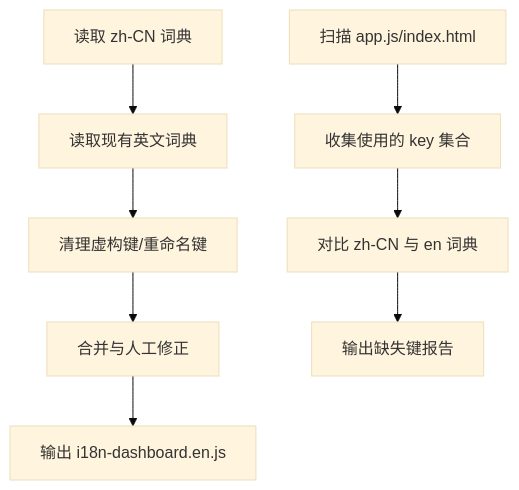
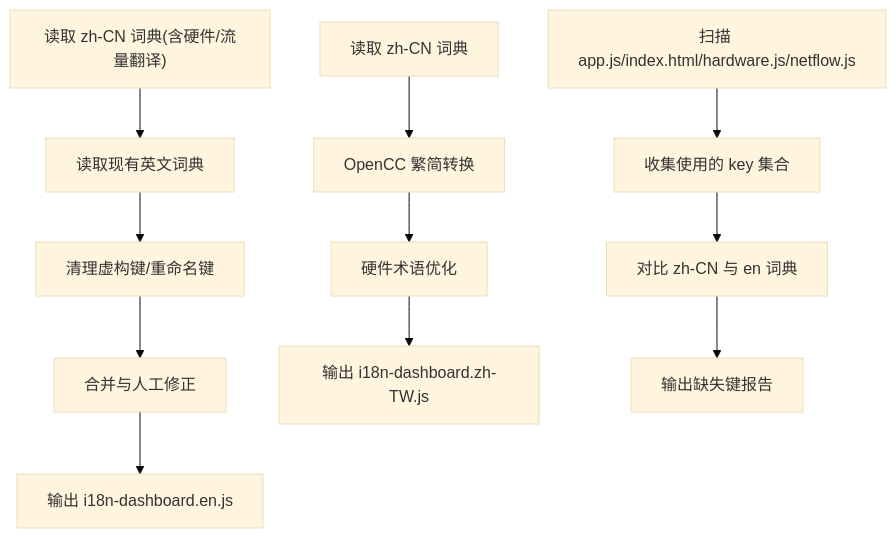
Before and after one commit to sreyun/aiops-monitor: the fifth of 6 diagrams in .qoder/repowiki/zh/content/配置管理/国际化支持.md, drawn with Mermaid (base theme). The commit also changed other lines of this file and 38 other files, not shown here.

````diff
--- a/.qoder/repowiki/zh/content/配置管理/国际化支持.md
+++ b/.qoder/repowiki/zh/content/配置管理/国际化支持.md
@@ -212,10 +248,13 @@
 ```mermaid
 flowchart TD
-A["读取 zh-CN 词典"] --> B["读取现有英文词典"]
+A["读取 zh-CN 词典(含硬件/流量翻译)"] --> B["读取现有英文词典"]
 B --> C["清理虚构键/重命名键"]
 C --> D["合并与人工修正"]
 D --> E["输出 i18n-dashboard.en.js"]
-F["扫描 app.js/index.html"] --> G["收集使用的 key 集合"]
-G --> H["对比 zh-CN 与 en 词典"]
-H --> I["输出缺失键报告"]
+F["读取 zh-CN 词典"] --> G["OpenCC 繁简转换"]
+G --> H["硬件术语优化"]
+H --> I["输出 i18n-dashboard.zh-TW.js"]
+J["扫描 app.js/index.html/hardware.js/netflow.js"] --> K["收集使用的 key 集合"]
+K --> L["对比 zh-CN 与 en 词典"]
+L --> M["输出缺失键报告"]
 ```
````
